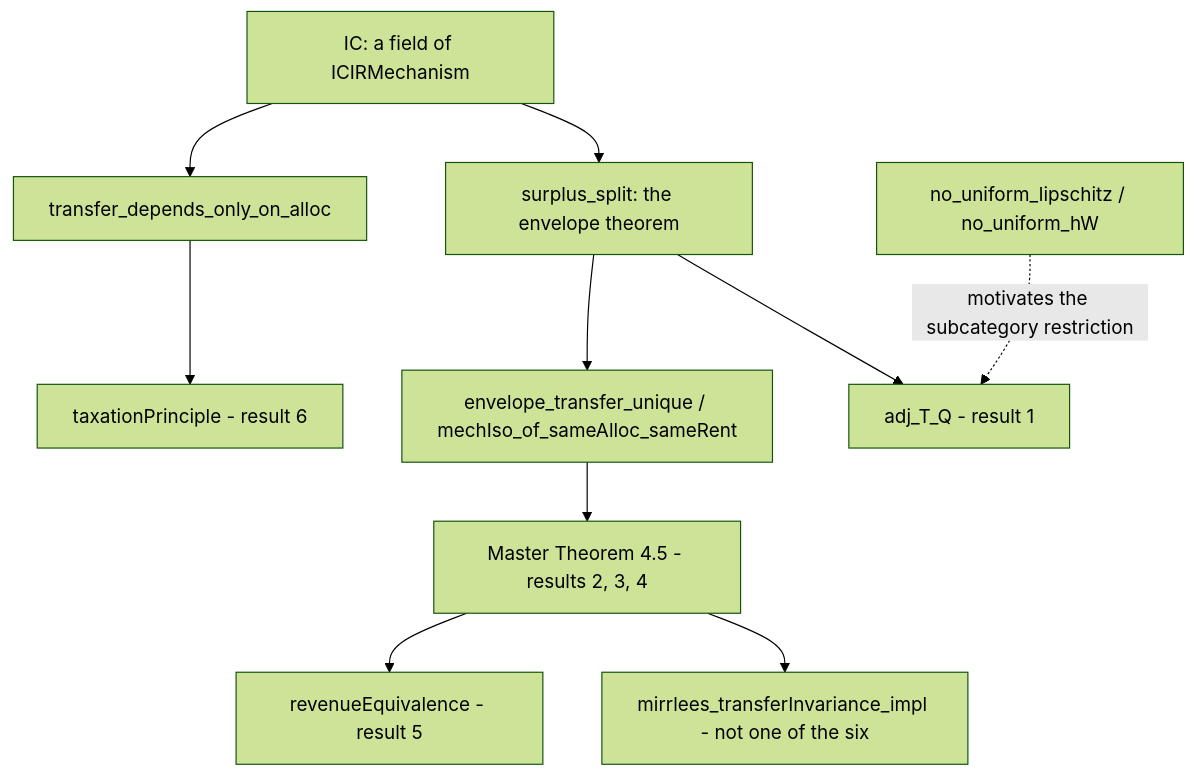
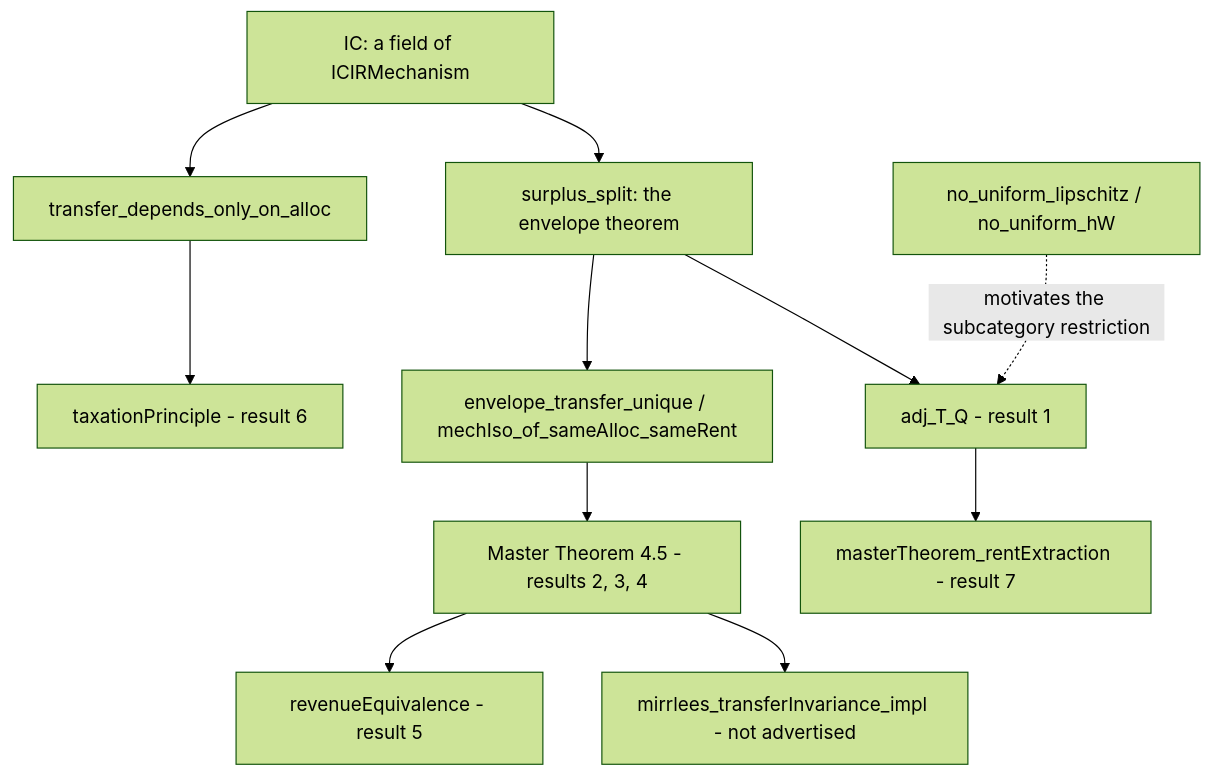
Before and after one commit to sanderrenes/myerson-mirrlees-adjunction-palomar-format: the second of 3 diagrams in README.md, drawn with Mermaid (forest theme). The commit also changed other lines of this file and 5 other files, not shown here.

First line of the commit message:
Promote rent extraction to an advertised result (masterTheorem_rentExtraction)

````diff
--- a/README.md
+++ b/README.md
@@ -119,23 +126,25 @@
 ```mermaid
 flowchart TD
     IC["IC: a field of ICIRMechanism"]
     TDA["transfer_depends_only_on_alloc"]
     TP["taxationPrinciple - result 6"]
     SS["surplus_split: the envelope theorem"]
     ETU["envelope_transfer_unique / mechIso_of_sameAlloc_sameRent"]
     MT4["Master Theorem 4.5 - results 2, 3, 4"]
     RE["revenueEquivalence - result 5"]
-    MI["mirrlees_transferInvariance_impl - not one of the six"]
+    MI["mirrlees_transferInvariance_impl - not advertised"]
     ADJ["adj_T_Q - result 1"]
+    RX["masterTheorem_rentExtraction - result 7"]
     NU["no_uniform_lipschitz / no_uniform_hW"]
 
     IC --> TDA
     TDA --> TP
     IC --> SS
     SS --> ETU
     ETU --> MT4
     MT4 --> RE
     MT4 --> MI
     SS --> ADJ
+    ADJ --> RX
     NU -.->|"motivates the subcategory restriction"| ADJ
 ```
````
